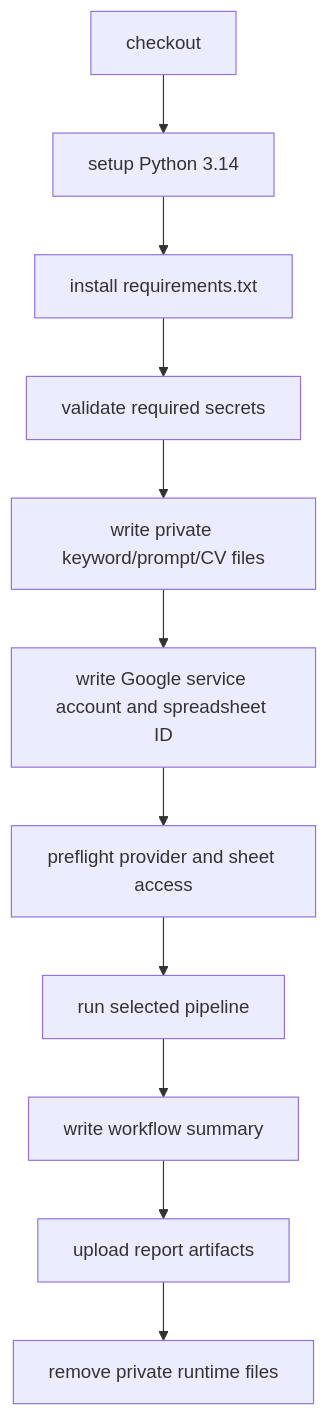
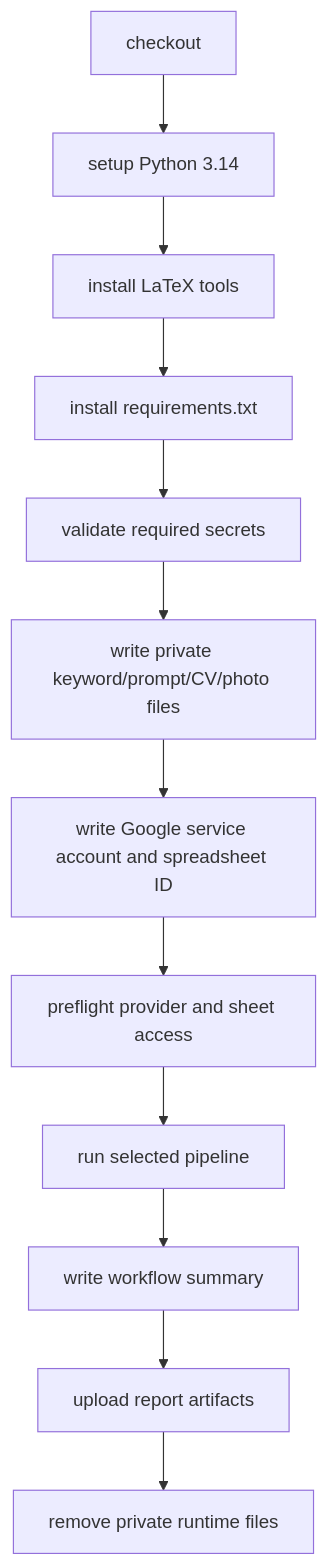
The diagram in .github/workflows/README.md (AmirDonyadide/JobFinder), drawn with Mermaid before and after one commit. The commit also changed other lines of this file and 38 other files, not shown here.

````diff
--- a/.github/workflows/README.md
+++ b/.github/workflows/README.md
@@ -50,13 +51,14 @@
 ```mermaid
 flowchart TD
     A["checkout"] --> B["setup Python 3.14"]
-    B --> C["install requirements.txt"]
-    C --> D["validate required secrets"]
-    D --> E["write private keyword/prompt/CV files"]
-    E --> F["write Google service account and spreadsheet ID"]
-    F --> G["preflight provider and sheet access"]
-    G --> H["run selected pipeline"]
-    H --> I["write workflow summary"]
-    I --> J["upload report artifacts"]
-    J --> K["remove private runtime files"]
+    B --> C["install LaTeX tools"]
+    C --> D["install requirements.txt"]
+    D --> E["validate required secrets"]
+    E --> F["write private keyword/prompt/CV/photo files"]
+    F --> G["write Google service account and spreadsheet ID"]
+    G --> H["preflight provider and sheet access"]
+    H --> I["run selected pipeline"]
+    I --> J["write workflow summary"]
+    J --> K["upload report artifacts"]
+    K --> L["remove private runtime files"]
 ```
````
